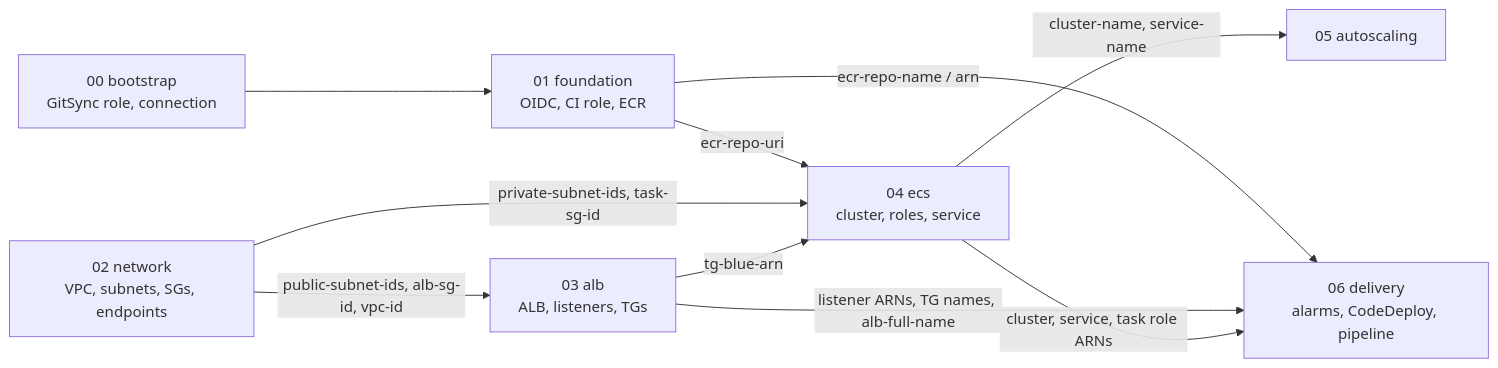
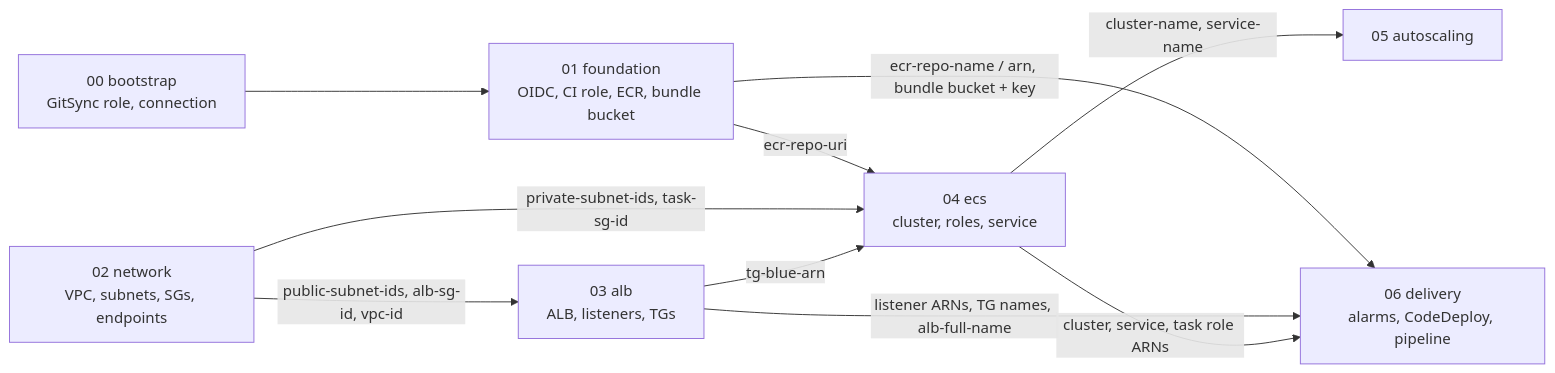
Before and after one commit to Ndaziramiyep/AWS-onward-orders-app-infra: the diagram in README.md, drawn with Mermaid. The commit also changed other lines of this file and 5 other files, not shown here.

````diff
--- a/README.md
+++ b/README.md
@@ -395,12 +403,12 @@
 ```mermaid
 flowchart LR
   B[00 bootstrap<br/>GitSync role, connection] --> F
-  F[01 foundation<br/>OIDC, CI role, ECR] -->|ecr-repo-uri| E
-  F -->|ecr-repo-name / arn| D
+  F[01 foundation<br/>OIDC, CI role, ECR, bundle bucket] -->|ecr-repo-uri| E
+  F -->|ecr-repo-name / arn, bundle bucket + key| D
   N[02 network<br/>VPC, subnets, SGs, endpoints] -->|public-subnet-ids, alb-sg-id, vpc-id| A
   N -->|private-subnet-ids, task-sg-id| E
   A[03 alb<br/>ALB, listeners, TGs] -->|tg-blue-arn| E
   A -->|listener ARNs, TG names, alb-full-name| D
   E[04 ecs<br/>cluster, roles, service] -->|cluster-name, service-name| S[05 autoscaling]
   E -->|cluster, service, task role ARNs| D[06 delivery<br/>alarms, CodeDeploy, pipeline]
 ```
````
